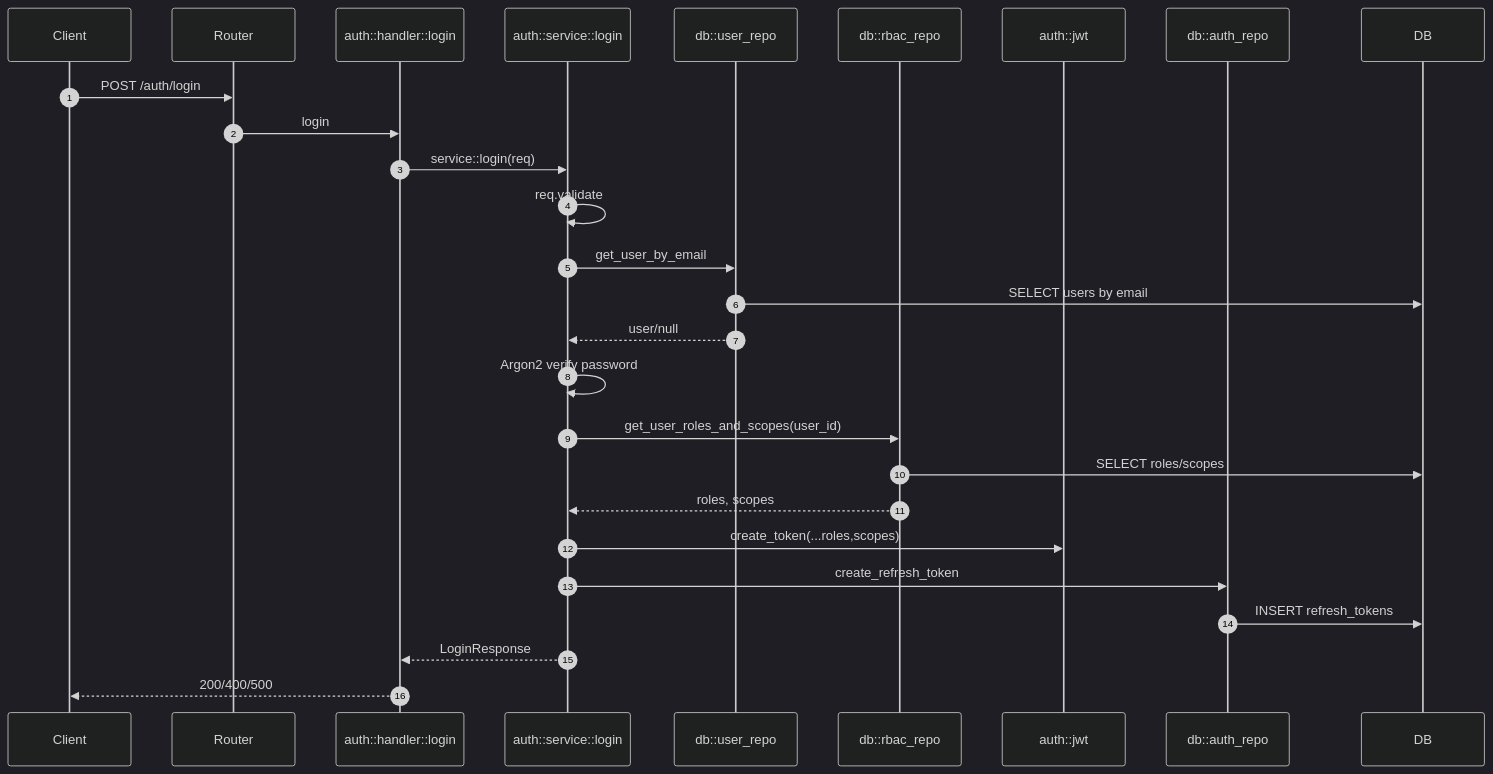
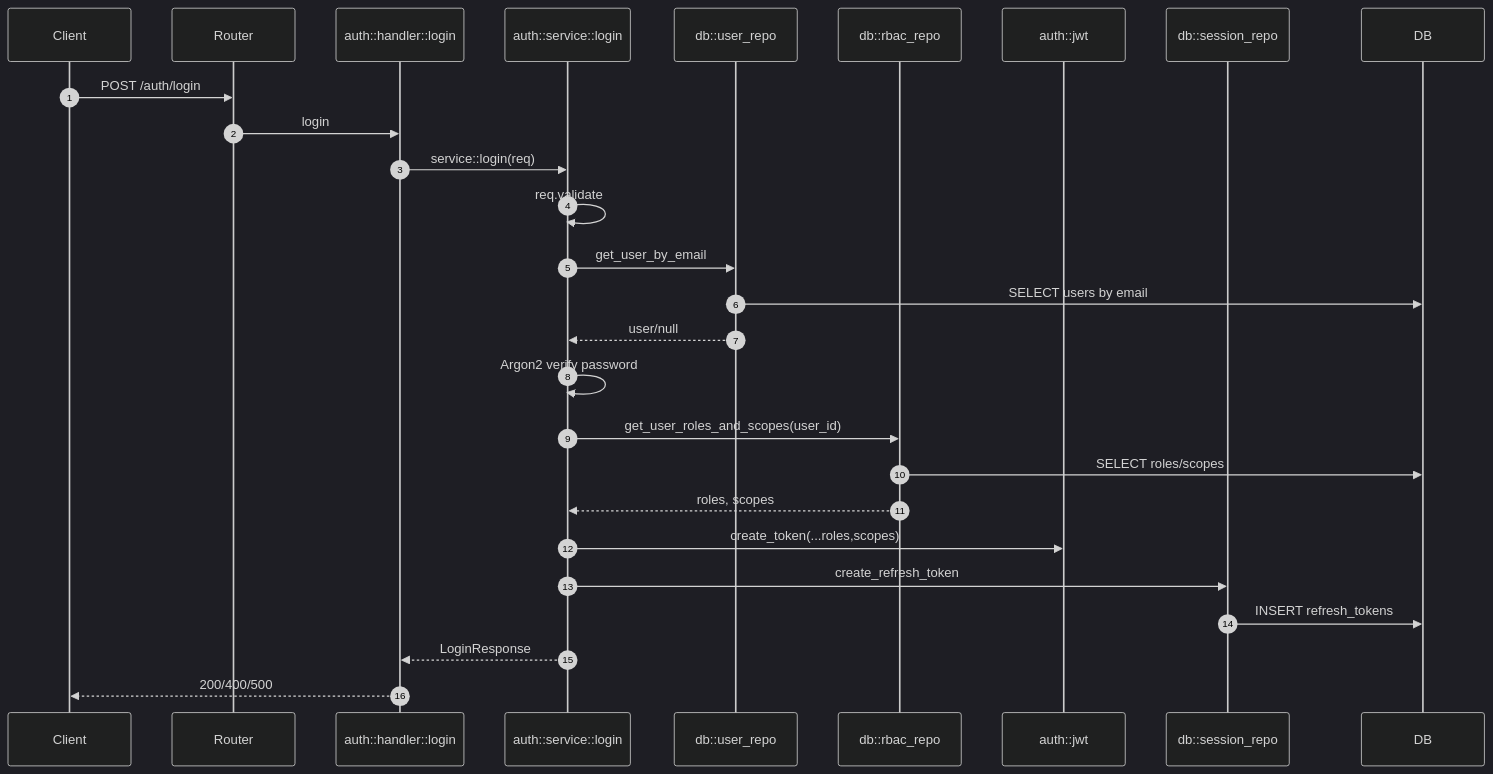
The second of 9 diagrams in README.md (jianghs/babyegg-serve), drawn with Mermaid (dark theme) before and after one commit. The commit also changed other lines of this file and 1 other file, not shown here.

Commit message:
docs(readme): sync auth and rbac architecture notes

````diff
--- a/README.md
+++ b/README.md
@@ -99,30 +130,30 @@
 ```mermaid
 sequenceDiagram
     autonumber
     participant Client
     participant Router
     participant Handler as auth::handler::login
     participant Service as auth::service::login
     participant UserRepo as db::user_repo
     participant RbacRepo as db::rbac_repo
     participant Jwt as auth::jwt
-    participant AuthRepo as db::auth_repo
+    participant SessionRepo as db::session_repo
     participant DB
 
     Client->>Router: POST /auth/login
     Router->>Handler: login
     Handler->>Service: service::login(req)
     Service->>Service: req.validate
     Service->>UserRepo: get_user_by_email
     UserRepo->>DB: SELECT users by email
     UserRepo-->>Service: user/null
     Service->>Service: Argon2 verify password
     Service->>RbacRepo: get_user_roles_and_scopes(user_id)
     RbacRepo->>DB: SELECT roles/scopes
     RbacRepo-->>Service: roles, scopes
     Service->>Jwt: create_token(...roles,scopes)
-    Service->>AuthRepo: create_refresh_token
-    AuthRepo->>DB: INSERT refresh_tokens
+    Service->>SessionRepo: create_refresh_token
+    SessionRepo->>DB: INSERT refresh_tokens
     Service-->>Handler: LoginResponse
     Handler-->>Client: 200/400/500
 ```
````
